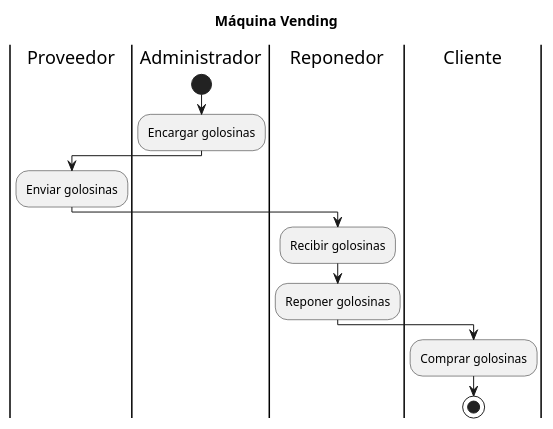
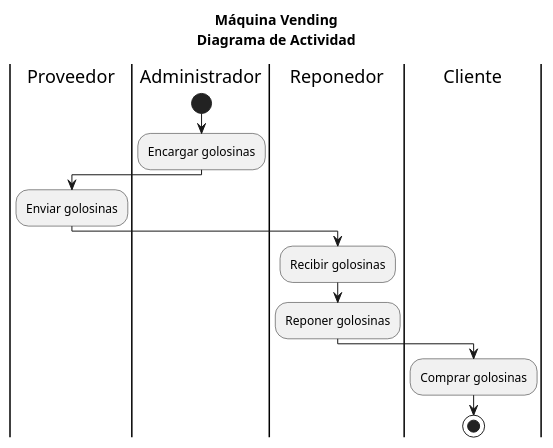
The second of 5 diagrams in ejemplos/maquina_vending.md (srlopez/RUP), drawn with PlantUML before and after one commit. The commit also changed other lines of this file and 1 other file, not shown here.

````diff
--- a/ejemplos/maquina_vending.md
+++ b/ejemplos/maquina_vending.md
@@ -72,20 +89,20 @@
 ```plantuml
 @startuml
-title Máquina Vending
+title == Máquina Vending ==\nDiagrama de Actividad
 |Proveedor|
 |Administrador|
 |Reponedor|
 |Cliente|
 |Administrador|
 start
 :Encargar golosinas;
 |Proveedor|
 :Enviar golosinas;
 |Reponedor|
 :Recibir golosinas;
 :Reponer golosinas;
 |Cliente|
 :Comprar golosinas;
 stop
 @enduml
 ```
````
